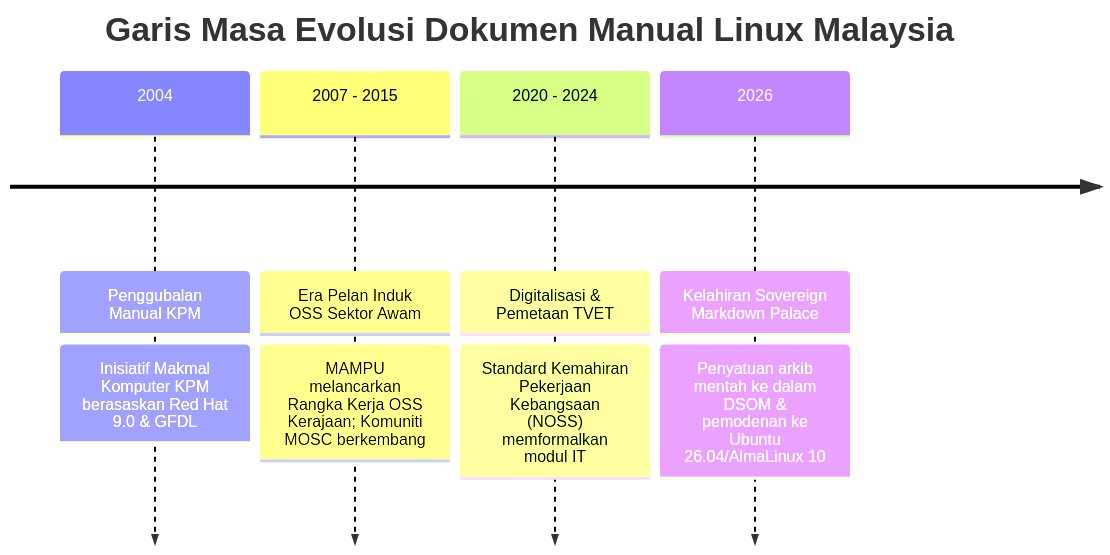
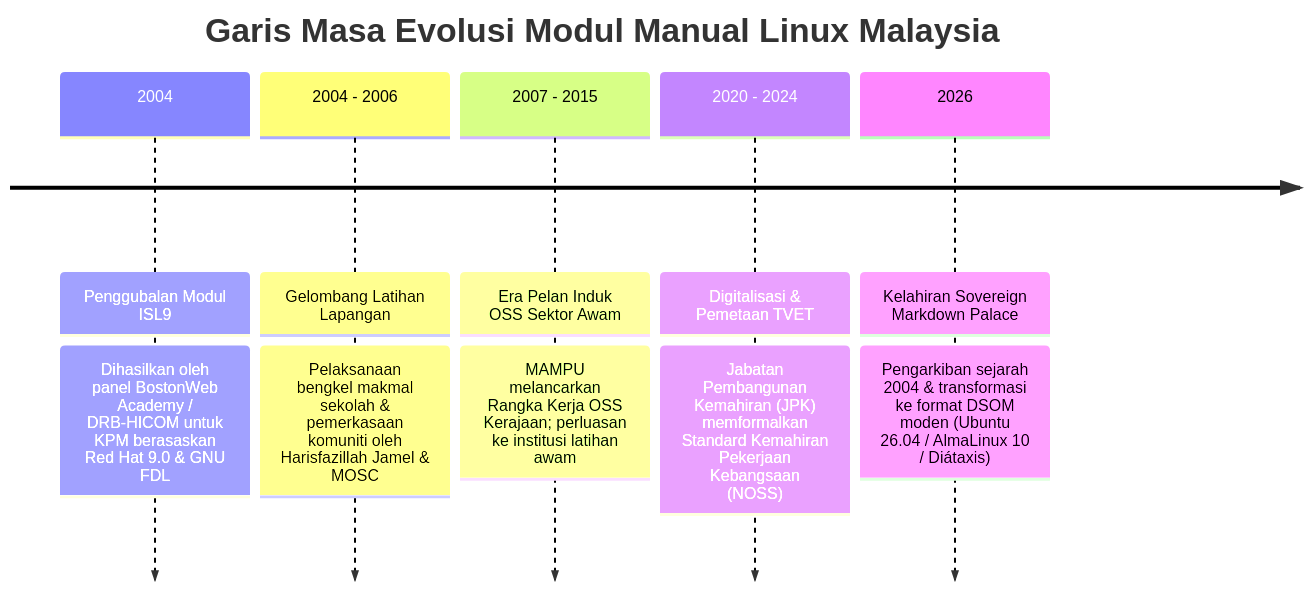
One commit to linuxmalaysia/all-my-notes-as-linux-sysadmin changed the diagram in docs/explanation/sejarah-dokumen-asal-linux-kpm.md. Above: the diagram before and after it, drawn with Mermaid. The commit also changed other lines of this file, not shown here.

````diff
--- a/docs/explanation/sejarah-dokumen-asal-linux-kpm.md
+++ b/docs/explanation/sejarah-dokumen-asal-linux-kpm.md
@@ -44,8 +48,9 @@
 ```mermaid
 timeline
-    title Garis Masa Evolusi Dokumen Manual Linux Malaysia
-    2004 : Penggubalan Manual KPM : Inisiatif Makmal Komputer KPM berasaskan Red Hat 9.0 & GFDL
-    2007 - 2015 : Era Pelan Induk OSS Sektor Awam : MAMPU melancarkan Rangka Kerja OSS Kerajaan; Komuniti MOSC berkembang
-    2020 - 2024 : Digitalisasi & Pemetaan TVET : Standard Kemahiran Pekerjaan Kebangsaan (NOSS) memformalkan modul IT
-    2026 : Kelahiran Sovereign Markdown Palace : Penyatuan arkib mentah ke dalam DSOM & pemodenan ke Ubuntu 26.04/AlmaLinux 10
+    title Garis Masa Evolusi Modul Manual Linux Malaysia
+    2004 : Penggubalan Modul ISL9 : Dihasilkan oleh panel BostonWeb Academy / DRB-HICOM untuk KPM berasaskan Red Hat 9.0 & GNU FDL
+    2004 - 2006 : Gelombang Latihan Lapangan : Pelaksanaan bengkel makmal sekolah & pemerkasaan komuniti oleh Harisfazillah Jamel & MOSC
+    2007 - 2015 : Era Pelan Induk OSS Sektor Awam : MAMPU melancarkan Rangka Kerja OSS Kerajaan; perluasan ke institusi latihan awam
+    2020 - 2024 : Digitalisasi & Pemetaan TVET : Jabatan Pembangunan Kemahiran (JPK) memformalkan Standard Kemahiran Pekerjaan Kebangsaan (NOSS)
+    2026 : Kelahiran Sovereign Markdown Palace : Pengarkiban sejarah 2004 & transformasi ke format DSOM moden (Ubuntu 26.04 / AlmaLinux 10 / Diátaxis)
 ```
````
